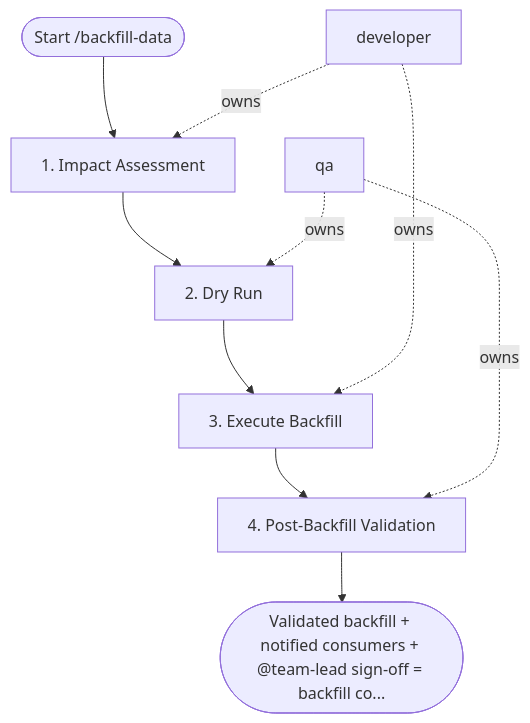
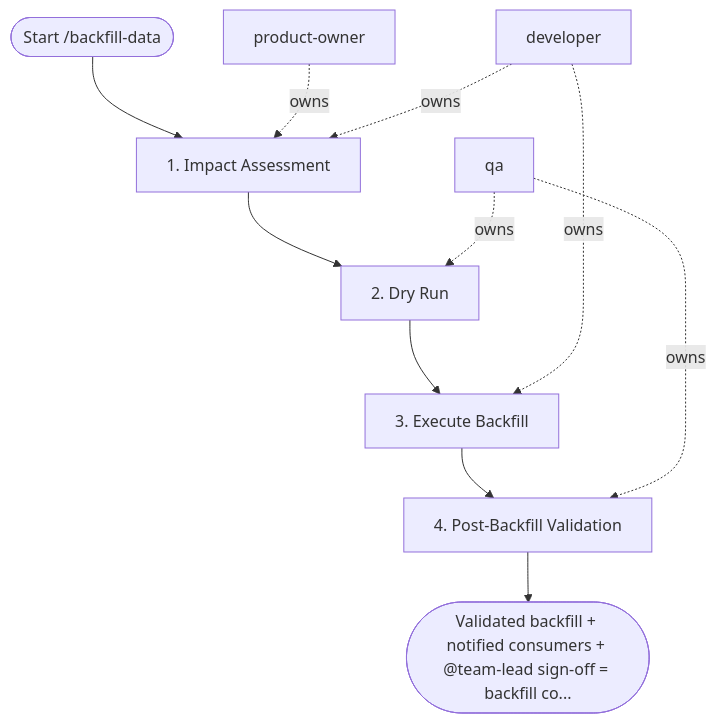
Before and after one commit to sawrus/agent-guides: the diagram in areas/software/data-engineering/workflows/backfill-data.md, drawn with Mermaid. The commit also changed other lines of this file and 76 other files, not shown here.

Commit message:
Standardize workflow product owner initiation

````diff
--- a/areas/software/data-engineering/workflows/backfill-data.md
+++ b/areas/software/data-engineering/workflows/backfill-data.md
@@ -61,20 +61,22 @@
 ```mermaid
 flowchart TD
   start(["Start /backfill-data"])
-  role_1["developer"]
-  role_2["qa"]
+  role_1["product-owner"]
+  role_2["developer"]
+  role_3["qa"]
   step_1["1. Impact Assessment"]
   step_2["2. Dry Run"]
   step_3["3. Execute Backfill"]
   step_4["4. Post-Backfill Validation"]
   exit(["Validated backfill + notified consumers + @team-lead sign-off = backfill co..."])
   start --> step_1
   step_1 --> step_2
   step_2 --> step_3
   step_3 --> step_4
   step_4 --> exit
   role_1 -. owns .-> step_1
-  role_2 -. owns .-> step_2
-  role_1 -. owns .-> step_3
-  role_2 -. owns .-> step_4
+  role_2 -. owns .-> step_1
+  role_3 -. owns .-> step_2
+  role_2 -. owns .-> step_3
+  role_3 -. owns .-> step_4
 ```
````
